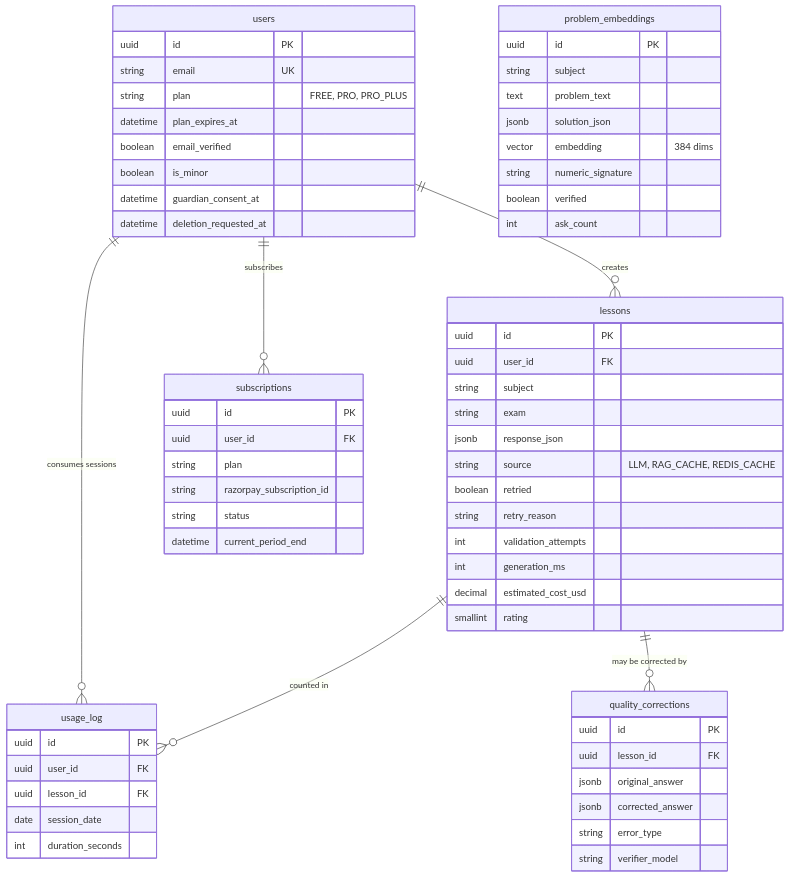
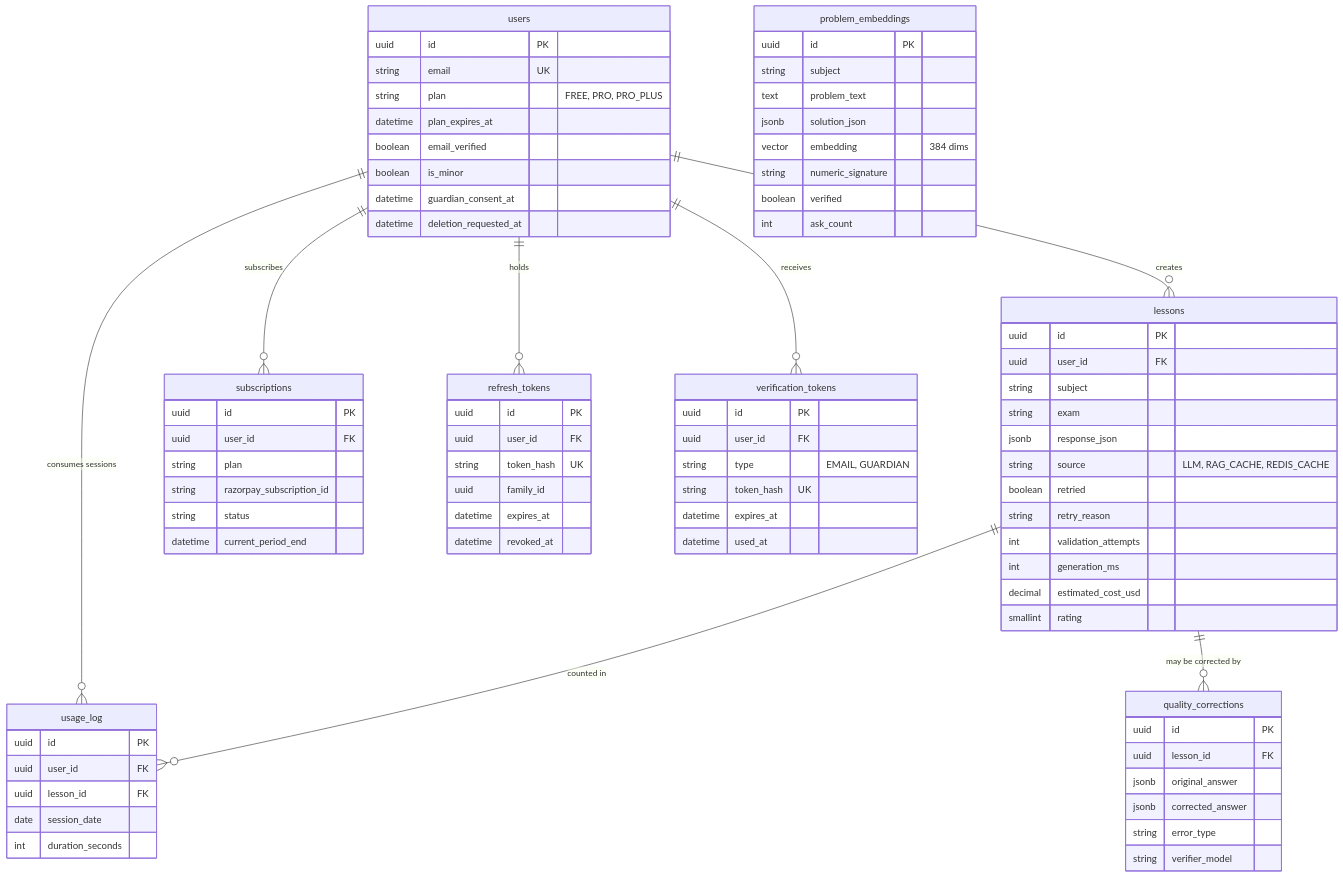
The fourth of 12 diagrams in prepai-spec.md (ocjpkrishna/prepai), drawn with Mermaid before and after one commit. The commit also changed other lines of this file and 5 other files, not shown here.

```diff
--- a/prepai-spec.md
+++ b/prepai-spec.md
@@ -910,6 +934,8 @@
     users ||--o{ lessons : "creates"
     users ||--o{ usage_log : "consumes sessions"
     users ||--o{ subscriptions : "subscribes"
+    users ||--o{ refresh_tokens : "holds"
+    users ||--o{ verification_tokens : "receives"
     lessons ||--o{ usage_log : "counted in"
     lessons ||--o{ quality_corrections : "may be corrected by"
 
@@ -952,6 +978,22 @@
         string status
         datetime current_period_end
     }
+    refresh_tokens {
+        uuid id PK
+        uuid user_id FK
+        string token_hash UK
+        uuid family_id
+        datetime expires_at
+        datetime revoked_at
+    }
+    verification_tokens {
+        uuid id PK
+        uuid user_id FK
+        string type "EMAIL, GUARDIAN"
+        string token_hash UK
+        datetime expires_at
+        datetime used_at
+    }
     quality_corrections {
         uuid id PK
         uuid lesson_id FK
```
